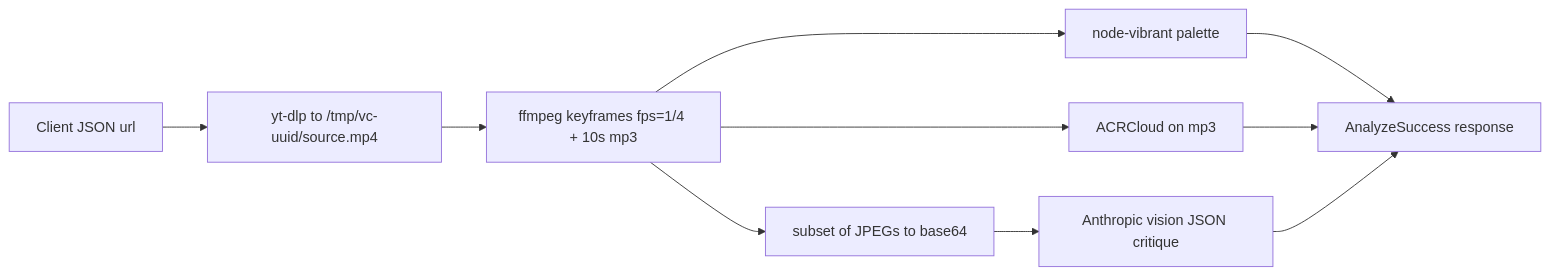
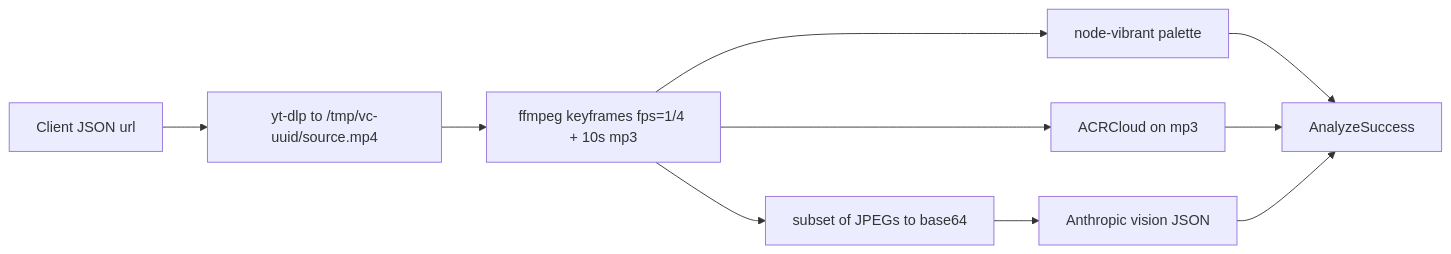
Before and after one commit to akabbas/WhyItSlaps: the diagram in techstack/README.md, drawn with Mermaid. The commit also changed other lines of this file and 5 other files, not shown here.

````diff
--- a/techstack/README.md
+++ b/techstack/README.md
@@ -41,12 +41,12 @@
 ```mermaid
 flowchart LR
   A[Client JSON url] --> B[yt-dlp to /tmp/vc-uuid/source.mp4]
   B --> C[ffmpeg keyframes fps=1/4 + 10s mp3]
   C --> D[node-vibrant palette]
   C --> E[ACRCloud on mp3]
   C --> F[subset of JPEGs to base64]
-  F --> G[Anthropic vision JSON critique]
-  D --> H[AnalyzeSuccess response]
+  F --> G[Anthropic vision JSON]
+  D --> H[AnalyzeSuccess]
   E --> H
   G --> H
 ```
````
